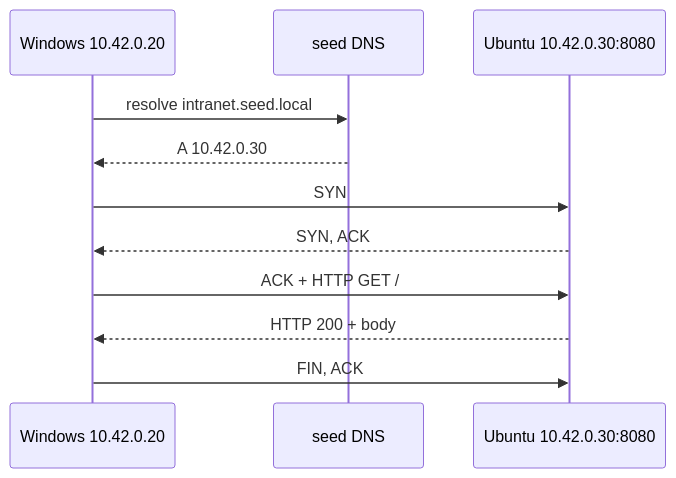
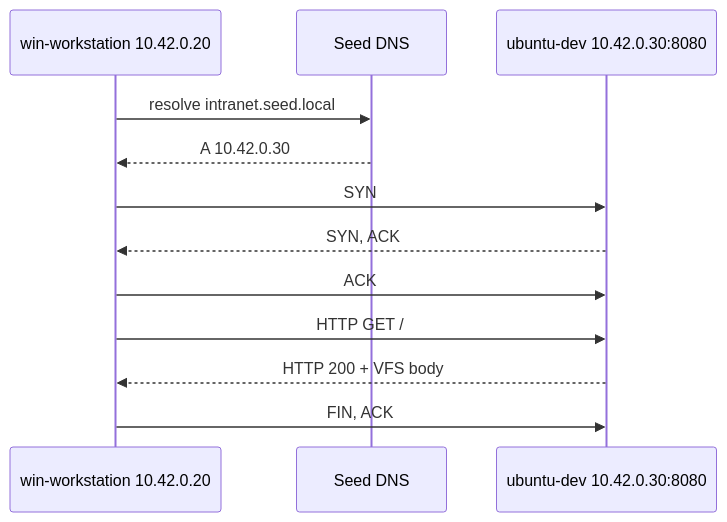
The fifth of 6 diagrams in docs/technical-report.md (JacobFV/synthetic-computer-environment), drawn with Mermaid before and after one commit. The commit also changed other lines of this file and 79 other files, not shown here.

````diff
--- a/docs/technical-report.md
+++ b/docs/technical-report.md
@@ -158,13 +336,14 @@
 ```mermaid
 sequenceDiagram
-  participant W as Windows 10.42.0.20
-  participant D as seed DNS
-  participant U as Ubuntu 10.42.0.30:8080
-  W->>D: resolve intranet.seed.local
-  D-->>W: A 10.42.0.30
+  participant W as win-workstation 10.42.0.20
+  participant DNS as Seed DNS
+  participant U as ubuntu-dev 10.42.0.30:8080
+  W->>DNS: resolve intranet.seed.local
+  DNS-->>W: A 10.42.0.30
   W->>U: SYN
   U-->>W: SYN, ACK
-  W->>U: ACK + HTTP GET /
-  U-->>W: HTTP 200 + body
+  W->>U: ACK
+  W->>U: HTTP GET /
+  U-->>W: HTTP 200 + VFS body
   W->>U: FIN, ACK
 ```
````
